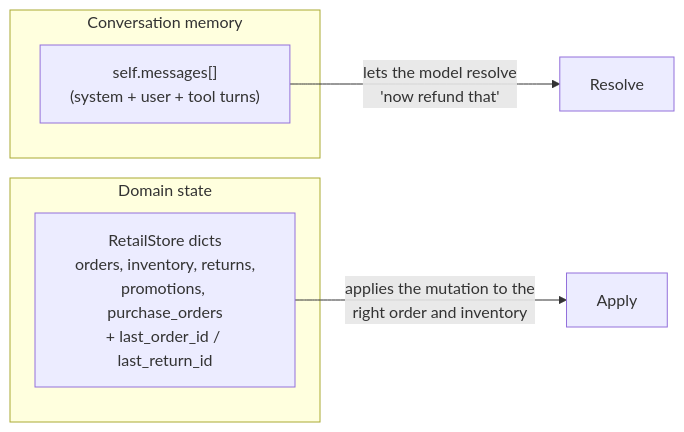
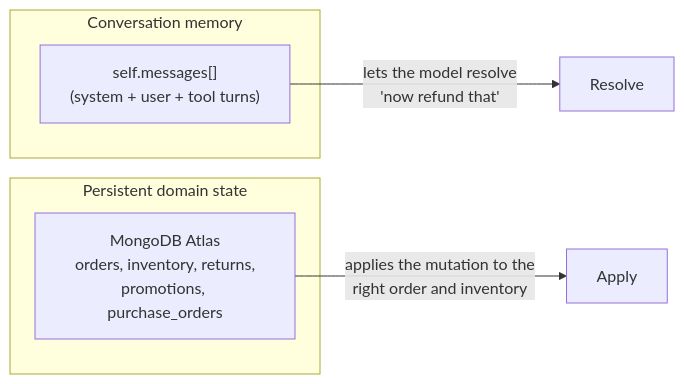
The fifth of 6 diagrams in DESIGN.md (AshhAgrawal/ashgr-project-code), drawn with Mermaid before and after one commit. The commit also changed other lines of this file and 24 other files, not shown here.

First line of the commit message:
feat: Implement MongoDB backend for retail store operations

````diff
--- a/DESIGN.md
+++ b/DESIGN.md
@@ -319,11 +320,11 @@
 ```mermaid
 flowchart LR
     subgraph Conversation memory
         M["self.messages[]\n(system + user + tool turns)"]
     end
-    subgraph Domain state
-        D["RetailStore dicts\norders, inventory, returns,\npromotions, purchase_orders\n+ last_order_id / last_return_id"]
+    subgraph Persistent domain state
+        D["MongoDB Atlas\norders, inventory, returns,\npromotions, purchase_orders"]
     end
     M -->|"lets the model resolve\n'now refund that'"| Resolve
     D -->|"applies the mutation to the\nright order and inventory"| Apply
 ```
````
